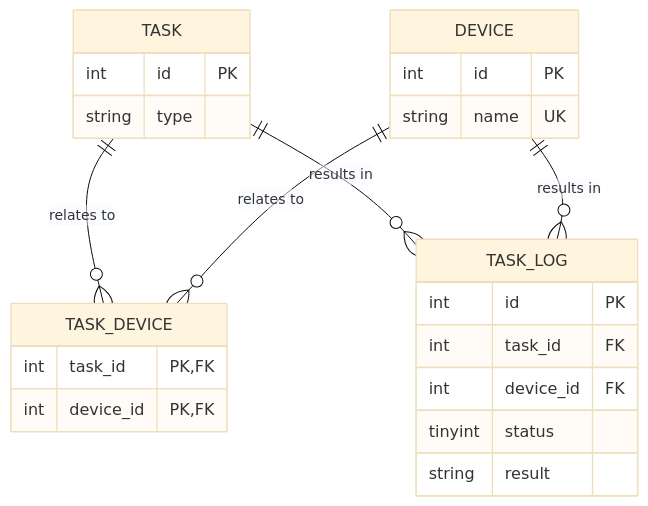
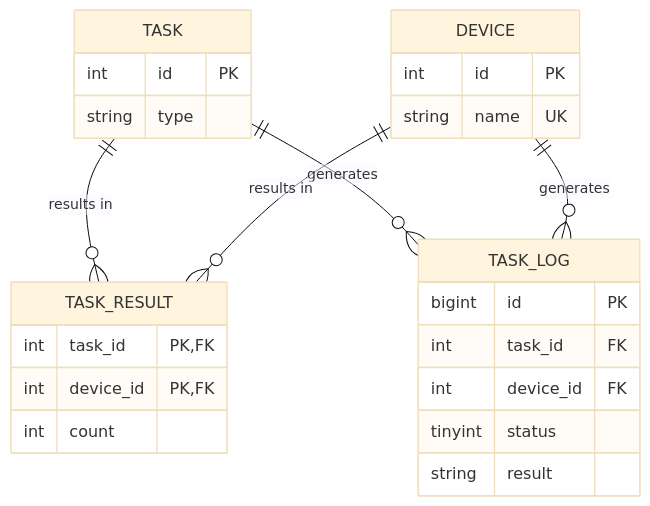
Before and after one commit to Octobug/blog: the second of 2 diagrams in posts/int-auto-inc-pk-reaching-the-limit/README.md, drawn with Mermaid (base theme). The commit also changed other lines of this file, not shown here.

Commit message:
posts(common-dolphin): new schema

````diff
--- a/posts/int-auto-inc-pk-reaching-the-limit/README.md
+++ b/posts/int-auto-inc-pk-reaching-the-limit/README.md
@@ -72,30 +158,31 @@
 ```mermaid
 erDiagram
   TASK {
     int id PK
     string type
   }
 
   DEVICE {
     int id PK
     string name UK
   }
 
-  TASK_DEVICE {
-    int task_id PK, FK
-    int device_id PK, FK
-  }
-
   TASK_LOG {
-    int id PK
+    bigint id PK
     int task_id FK
     int device_id FK
     tinyint status
     string result
   }
 
-  TASK ||--o{ TASK_DEVICE : "relates to"
-  TASK ||--o{ TASK_LOG : "results in"
-  DEVICE ||--o{ TASK_DEVICE : "relates to"
-  DEVICE ||--o{ TASK_LOG : "results in"
+  TASK_RESULT {
+    int task_id PK, FK
+    int device_id PK, FK
+    int count
+  }
+
+  TASK ||--o{ TASK_RESULT : "results in"
+  TASK ||--o{ TASK_LOG : "generates"
+  DEVICE ||--o{ TASK_RESULT : "results in"
+  DEVICE ||--o{ TASK_LOG : "generates"
 ```
````
